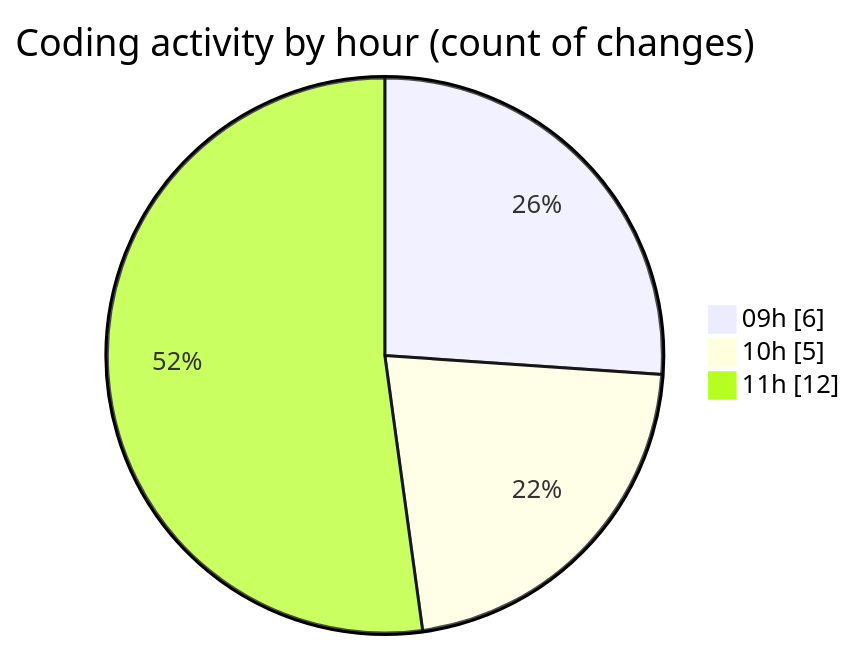
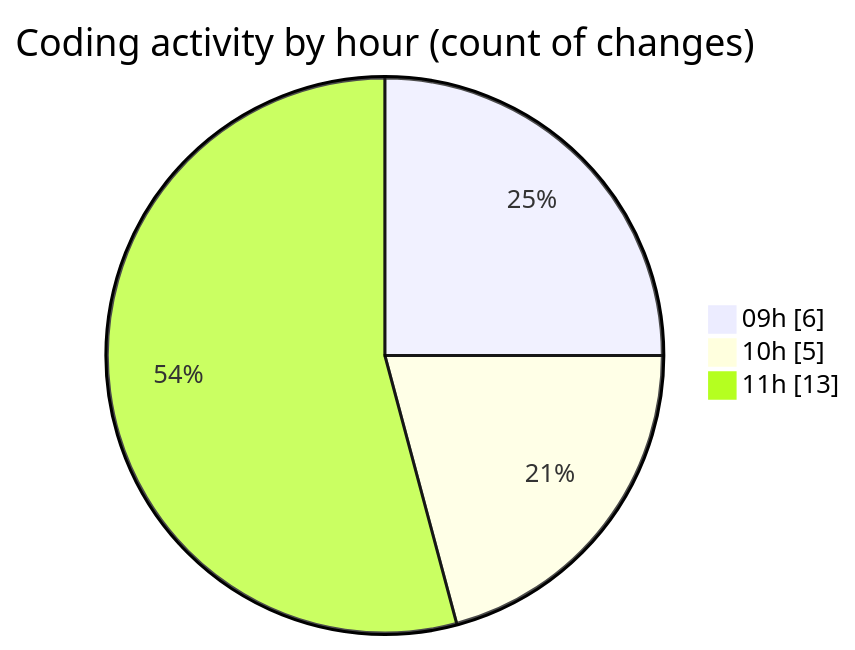
The second of 2 diagrams in 2025-10-02/cda/README.md (momahboobian/code-tracking), drawn with Mermaid before and after one commit. The commit also changed other lines of this file and 1 other file, not shown here.

````diff
--- a/2025-10-02/cda/README.md
+++ b/2025-10-02/cda/README.md
@@ -32,7 +32,7 @@
 ```mermaid
 pie showData
 title Coding activity by hour (count of changes)
 "09h" : 6
 "10h" : 5
-"11h" : 12
+"11h" : 13
 ```
````
